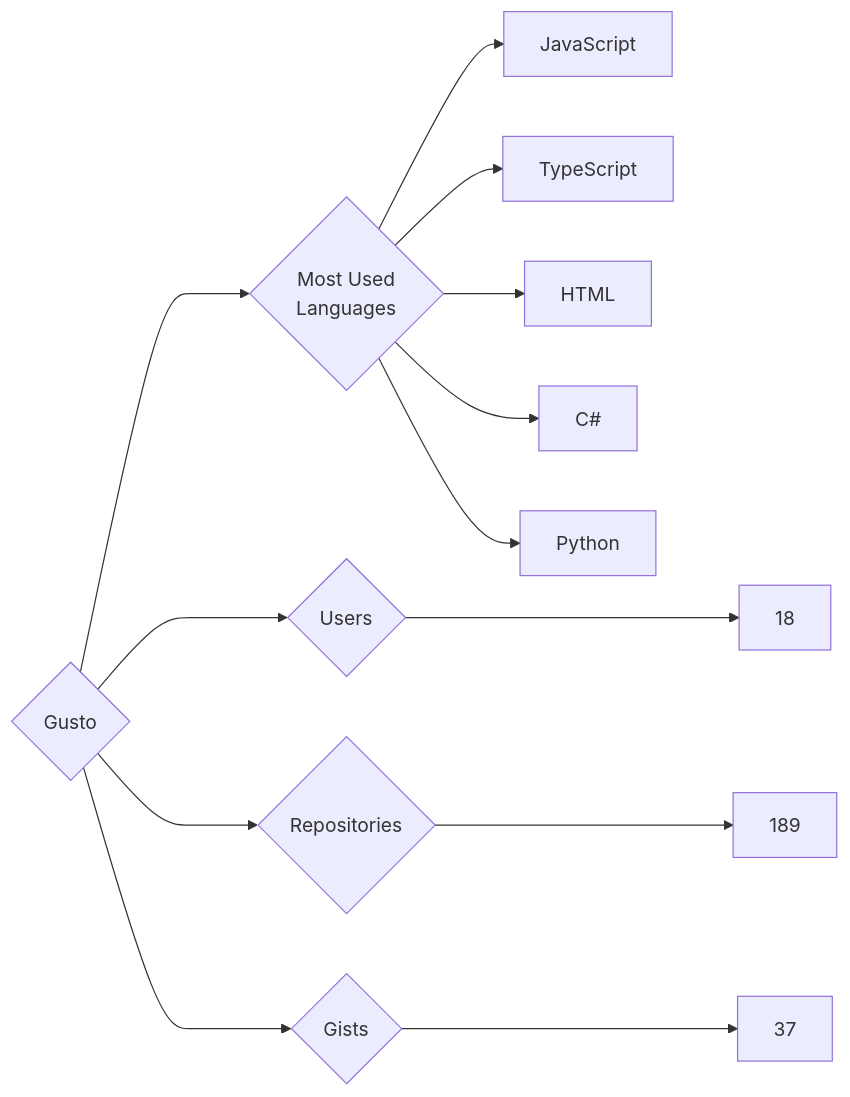
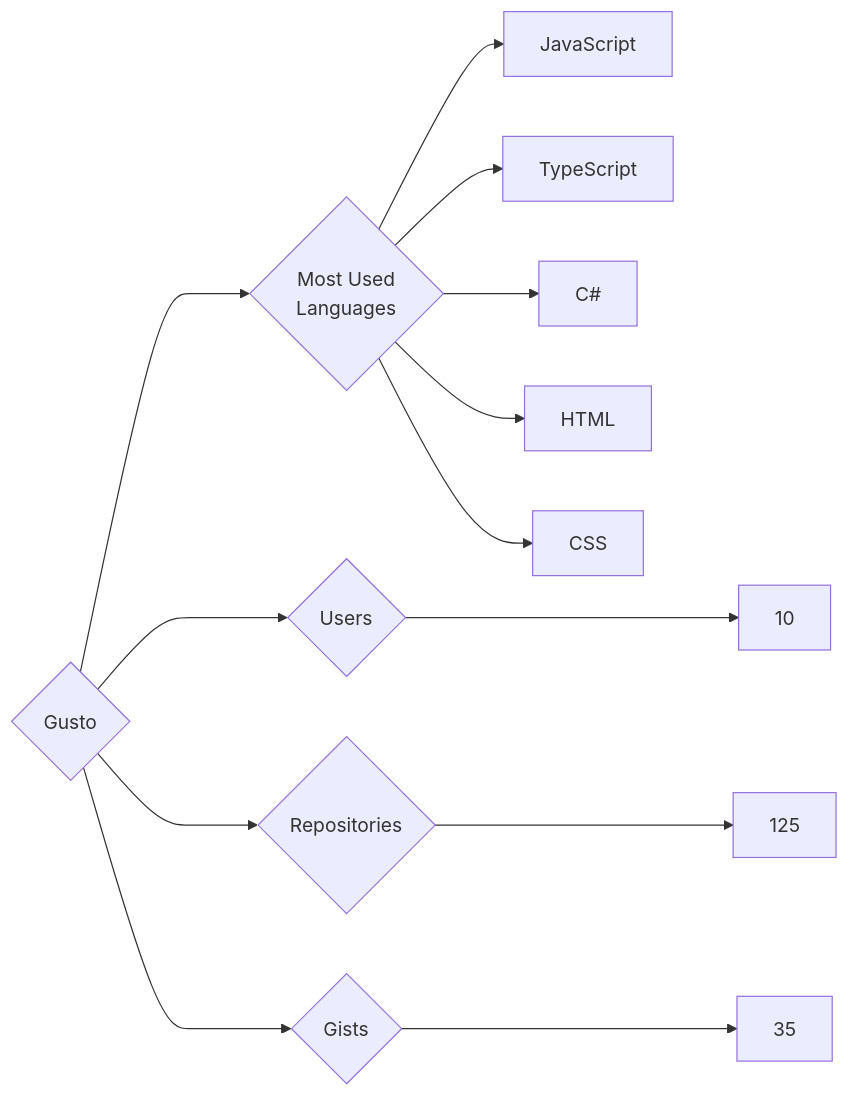
One commit to trickest/insiders changed the diagram in targets/Gusto/README.md. Above: the diagram before and after it, drawn with Mermaid. The commit also changed 838 other files, not shown here.

````diff
--- a/targets/Gusto/README.md
+++ b/targets/Gusto/README.md
@@ -3,13 +3,13 @@
 ```mermaid
 graph LR
 COMPANY_NAME{Gusto}
-COMPANY_NAME ---> U{Users} ---> UN[18]
-COMPANY_NAME ---> R{Repositories} ---> RN[189]
-COMPANY_NAME ---> G{Gists} ---> GN[37]
+COMPANY_NAME ---> U{Users} ---> UN[10]
+COMPANY_NAME ---> R{Repositories} ---> RN[125]
+COMPANY_NAME ---> G{Gists} ---> GN[35]
 COMPANY_NAME ---> ML{Most Used<br>Languages}
 ML --> JavaScript[JavaScript]
 ML --> TypeScript[TypeScript]
+ML --> C#[C#]
 ML --> HTML[HTML]
-ML --> C#[C#]
-ML --> Python[Python]
+ML --> CSS[CSS]
 ```
````
